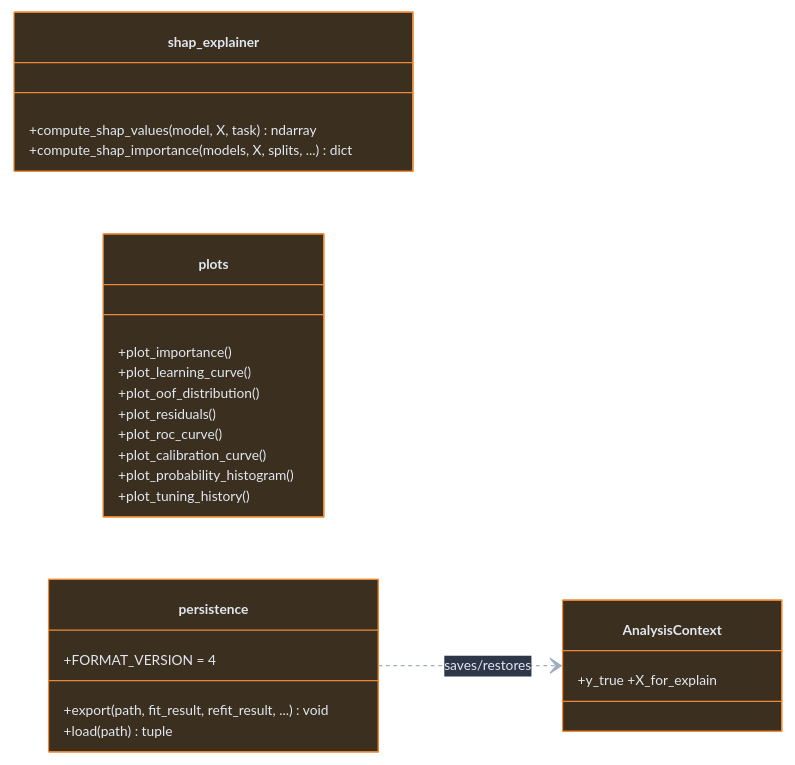
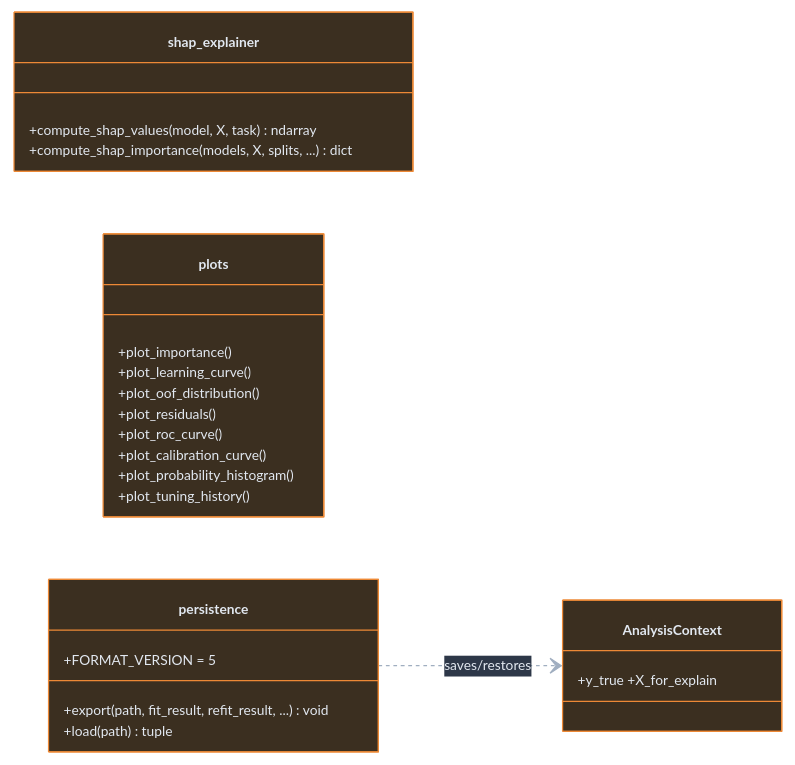
Before and after one commit to nbx-liz/LizyML: the sixth of 7 diagrams in ARCHITECTURE.md, drawn with Mermaid. The commit also changed other lines of this file and 6 other files, not shown here.

First line of the commit message:
docs(h0138): specify the category identity and format_version 5

````diff
--- a/ARCHITECTURE.md
+++ b/ARCHITECTURE.md
@@ -489,31 +489,31 @@
 ```mermaid
 %%{init: {'theme': 'base', 'themeVariables': {'fontSize': '11px', 'primaryColor': '#2d3748', 'primaryTextColor': '#e2e8f0', 'lineColor': '#a0aec0', 'background': '#1a202c', 'mainBkg': '#2d3748', 'nodeBorder': '#718096'}}}%%
 classDiagram
     direction LR
 
     class shap_explainer:::optClass {
         +compute_shap_values(model, X, task) ndarray
         +compute_shap_importance(models, X, splits, ...) dict
     }
 
     class plots:::optClass {
         +plot_importance()
         +plot_learning_curve()
         +plot_oof_distribution()
         +plot_residuals()
         +plot_roc_curve()
         +plot_calibration_curve()
         +plot_probability_histogram()
         +plot_tuning_history()
     }
 
     class persistence:::optClass {
         +export(path, fit_result, refit_result, ...) void
         +load(path) tuple
-        +FORMAT_VERSION = 4
+        +FORMAT_VERSION = 5
     }
     class AnalysisContext:::optClass { +y_true +X_for_explain }
     persistence ..> AnalysisContext : saves/restores
 
     classDef optClass fill:#3b2f20,stroke:#ed8936,color:#e2e8f0
 ```
````
